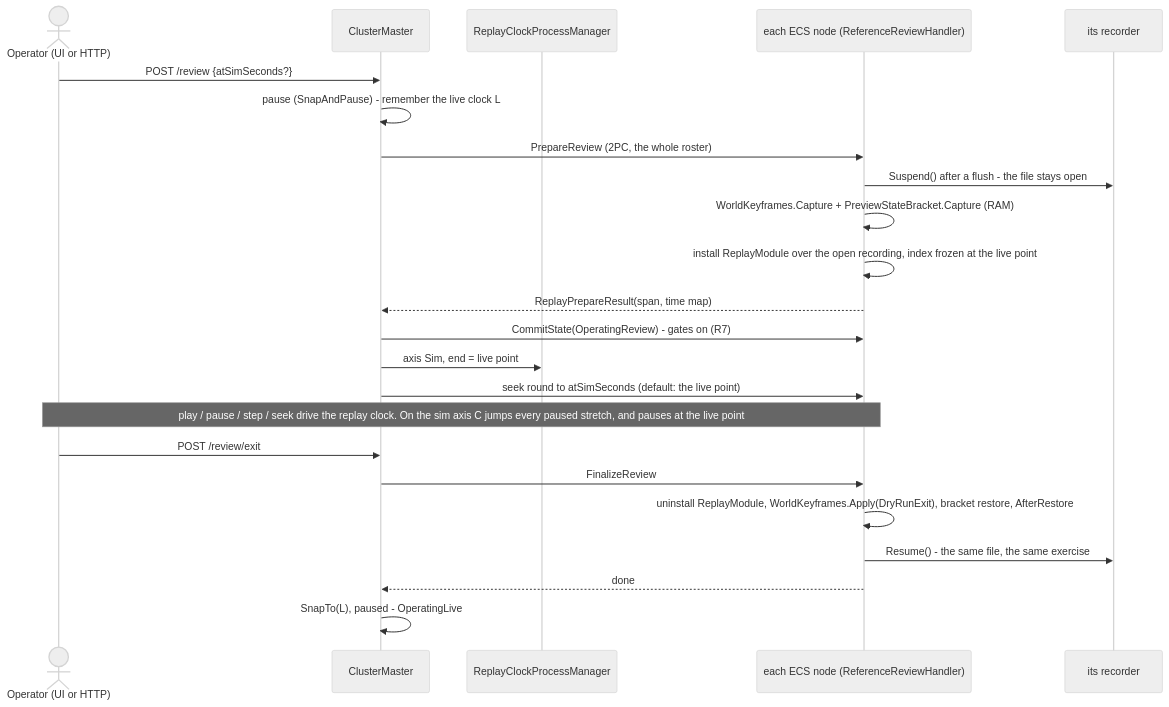
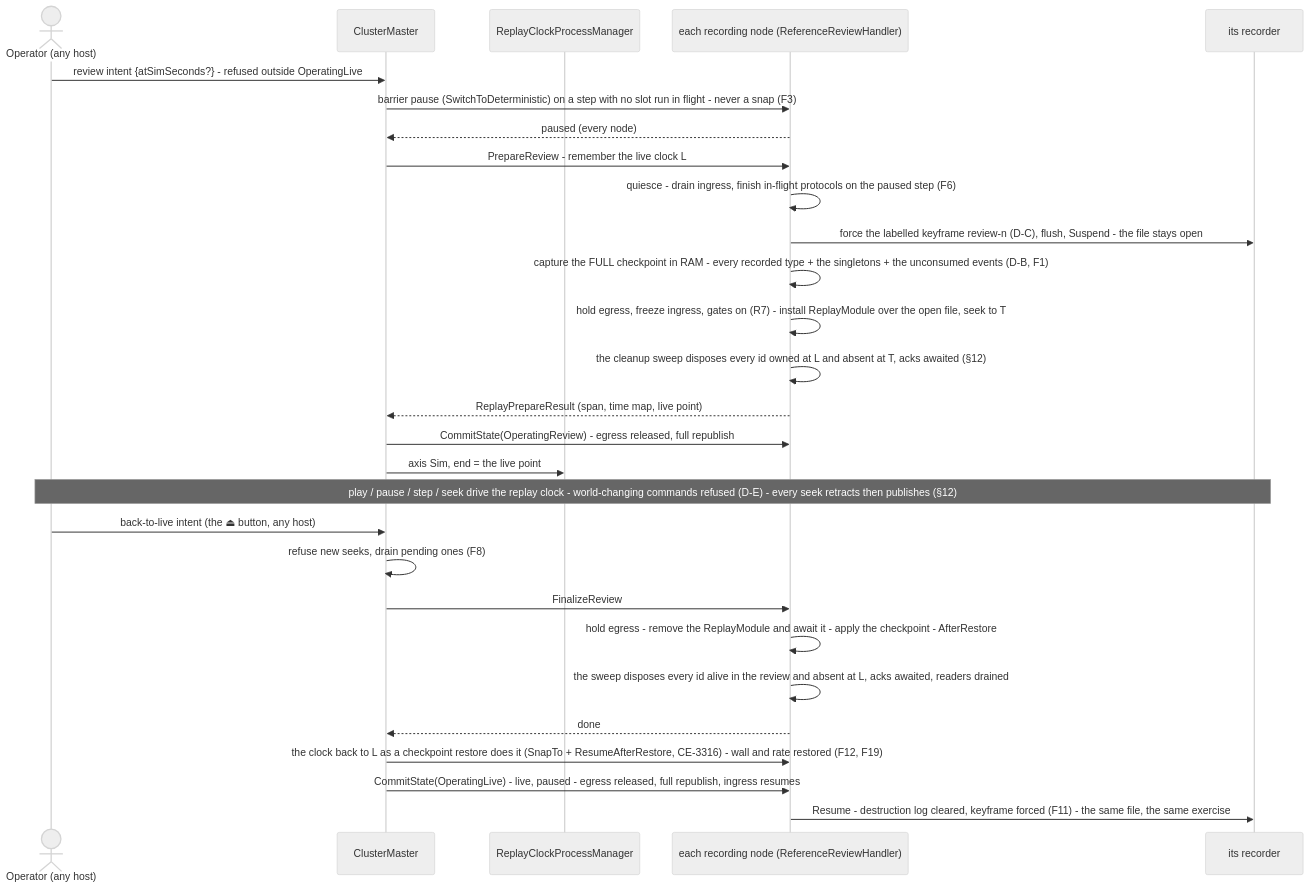
Before and after one commit to pjanec/HROT: the third of 8 diagrams in docs/DESIGN_Replay_Time_Axis_And_Review.md, drawn with Mermaid (neutral theme). The commit also changed other lines of this file and 4 other files, not shown here.

First line of the commit message:
CE-3329 §11f/§12: the user's answers - full checkpoint, the review ON the wire with a dispose per potential zombie (R-3062, R-3063); CE-3331 the zombie hole in today's seeks and restores

````diff
--- a/docs/DESIGN_Replay_Time_Axis_And_Review.md
+++ b/docs/DESIGN_Replay_Time_Axis_And_Review.md
@@ -156,25 +168,30 @@
 ```mermaid
 sequenceDiagram
-  actor Op as Operator (UI or HTTP)
+  actor Op as Operator (any host)
   participant M as ClusterMaster
   participant C as ReplayClockProcessManager
-  participant N as each ECS node (ReferenceReviewHandler)
+  participant N as each recording node (ReferenceReviewHandler)
   participant R as its recorder
-  Op->>M: POST /review {atSimSeconds?}
-  M->>M: pause (SnapAndPause) - remember the live clock L
-  M->>N: PrepareReview (2PC, the whole roster)
-  N->>R: Suspend() after a flush - the file stays open
-  N->>N: WorldKeyframes.Capture + PreviewStateBracket.Capture (RAM)
-  N->>N: install ReplayModule over the open recording, index frozen at the live point
-  N-->>M: ReplayPrepareResult(span, time map)
-  M->>N: CommitState(OperatingReview) - gates on (R7)
-  M->>C: axis Sim, end = live point
-  M->>N: seek round to atSimSeconds (default: the live point)
-  Note over Op,N: play / pause / step / seek drive the replay clock. On the sim axis C jumps every paused stretch, and pauses at the live point
-  Op->>M: POST /review/exit
+  Op->>M: review intent {atSimSeconds?} - refused outside OperatingLive
+  M->>N: barrier pause (SwitchToDeterministic) on a step with no slot run in flight - never a snap (F3)
+  N-->>M: paused (every node)
+  M->>N: PrepareReview - remember the live clock L
+  N->>N: quiesce - drain ingress, finish in-flight protocols on the paused step (F6)
+  N->>R: force the labelled keyframe review-n (D-C), flush, Suspend - the file stays open
+  N->>N: capture the FULL checkpoint in RAM - every recorded type + the singletons + the unconsumed events (D-B, F1)
+  N->>N: hold egress, freeze ingress, gates on (R7) - install ReplayModule over the open file, seek to T
+  N->>N: the cleanup sweep disposes every id owned at L and absent at T, acks awaited (§12)
+  N-->>M: ReplayPrepareResult (span, time map, live point)
+  M->>N: CommitState(OperatingReview) - egress released, full republish
+  M->>C: axis Sim, end = the live point
+  Note over Op,R: play / pause / step / seek drive the replay clock - world-changing commands refused (D-E) - every seek retracts then publishes (§12)
+  Op->>M: back-to-live intent (the ⏏ button, any host)
+  M->>M: refuse new seeks, drain pending ones (F8)
   M->>N: FinalizeReview
-  N->>N: uninstall ReplayModule, WorldKeyframes.Apply(DryRunExit), bracket restore, AfterRestore
-  N->>R: Resume() - the same file, the same exercise
+  N->>N: hold egress - remove the ReplayModule and await it - apply the checkpoint - AfterRestore
+  N->>N: the sweep disposes every id alive in the review and absent at L, acks awaited, readers drained
   N-->>M: done
-  M->>M: SnapTo(L), paused - OperatingLive
+  M->>N: the clock back to L as a checkpoint restore does it (SnapTo + ResumeAfterRestore, CE-3316) - wall and rate restored (F12, F19)
+  M->>N: CommitState(OperatingLive) - live, paused - egress released, full republish, ingress resumes
+  N->>R: Resume - destruction log cleared, keyframe forced (F11) - the same file, the same exercise
 ```
````
